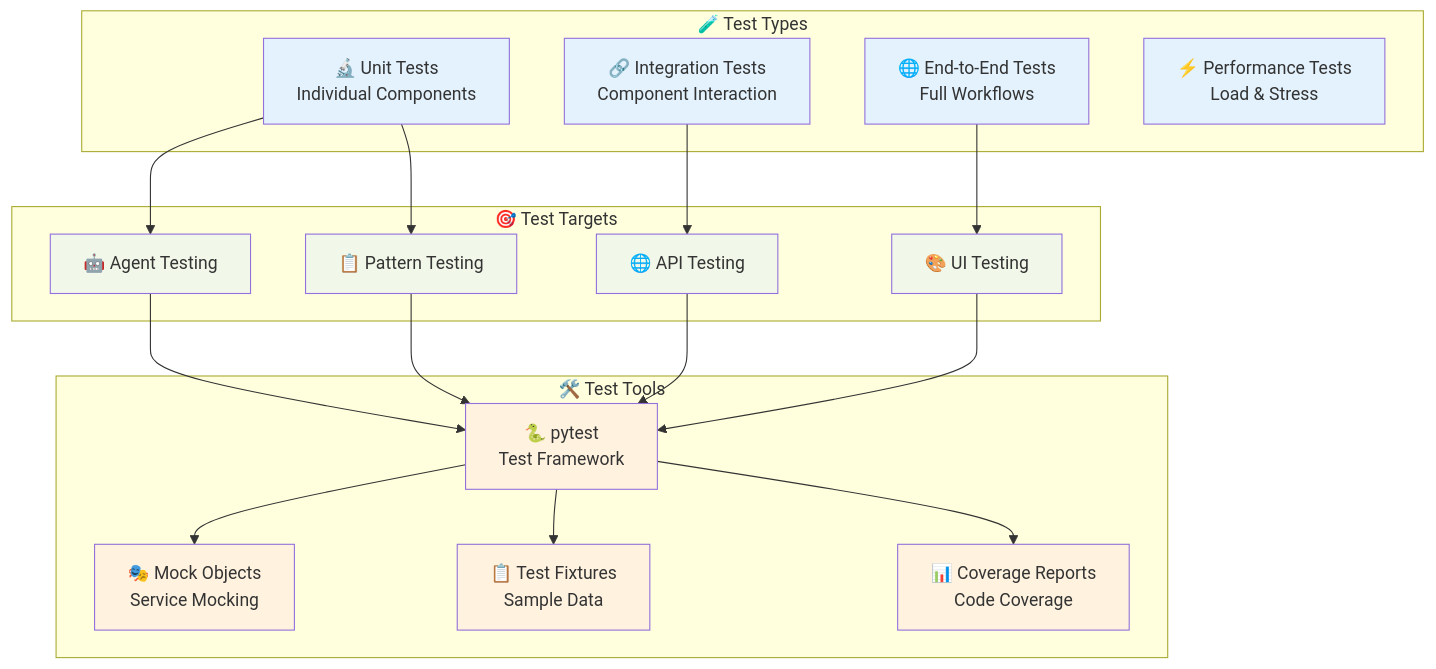
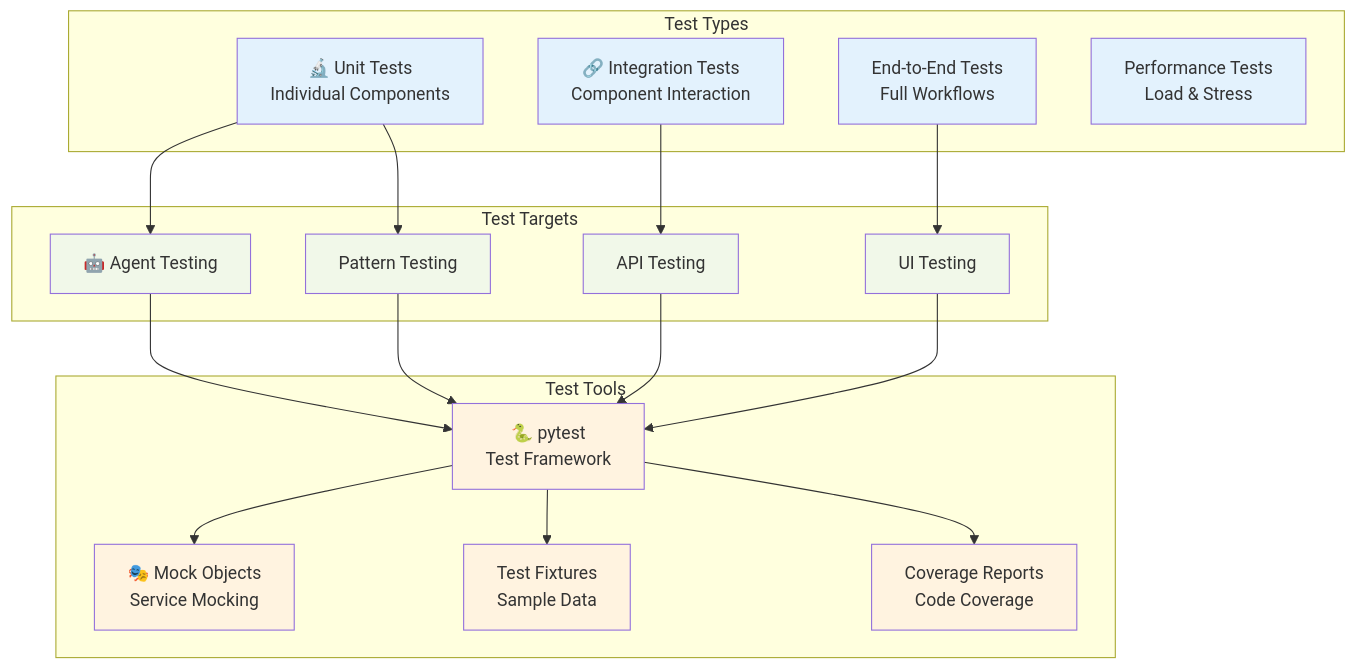
Before and after one commit to the-ingenious-dark-knight/Insight_Ingenious: the seventh of 11 diagrams in docs/development/README.md, drawn with Mermaid. The commit also changed other lines of this file and 23 other files, not shown here.

````diff
--- a/docs/development/README.md
+++ b/docs/development/README.md
@@ -502,45 +502,45 @@
 ```mermaid
 graph TB
-    subgraph "🧪 Test Types"
+    subgraph " Test Types"
         UNIT[🔬 Unit Tests<br/>Individual Components]
         INTEGRATION[🔗 Integration Tests<br/>Component Interaction]
-        E2E[🌐 End-to-End Tests<br/>Full Workflows]
-        PERFORMANCE[⚡ Performance Tests<br/>Load & Stress]
+        E2E[ End-to-End Tests<br/>Full Workflows]
+        PERFORMANCE[ Performance Tests<br/>Load & Stress]
     end
 
-    subgraph "🎯 Test Targets"
+    subgraph " Test Targets"
         AGENTS[🤖 Agent Testing]
-        PATTERNS[📋 Pattern Testing]
-        API[🌐 API Testing]
-        UI[🎨 UI Testing]
+        PATTERNS[ Pattern Testing]
+        API[ API Testing]
+        UI[ UI Testing]
     end
 
-    subgraph "🛠️ Test Tools"
+    subgraph " Test Tools"
         PYTEST[🐍 pytest<br/>Test Framework]
         MOCK[🎭 Mock Objects<br/>Service Mocking]
-        FIXTURES[📋 Test Fixtures<br/>Sample Data]
-        COVERAGE[📊 Coverage Reports<br/>Code Coverage]
+        FIXTURES[ Test Fixtures<br/>Sample Data]
+        COVERAGE[ Coverage Reports<br/>Code Coverage]
     end
 
     UNIT --> AGENTS
     UNIT --> PATTERNS
     INTEGRATION --> API
     E2E --> UI
 
     AGENTS --> PYTEST
     PATTERNS --> PYTEST
     API --> PYTEST
     UI --> PYTEST
 
     PYTEST --> MOCK
     PYTEST --> FIXTURES
     PYTEST --> COVERAGE
 
     classDef tests fill:#e3f2fd
     classDef targets fill:#f1f8e9
     classDef tools fill:#fff3e0
 
     class UNIT,INTEGRATION,E2E,PERFORMANCE tests
     class AGENTS,PATTERNS,API,UI targets
     class PYTEST,MOCK,FIXTURES,COVERAGE tools
 ```
````
